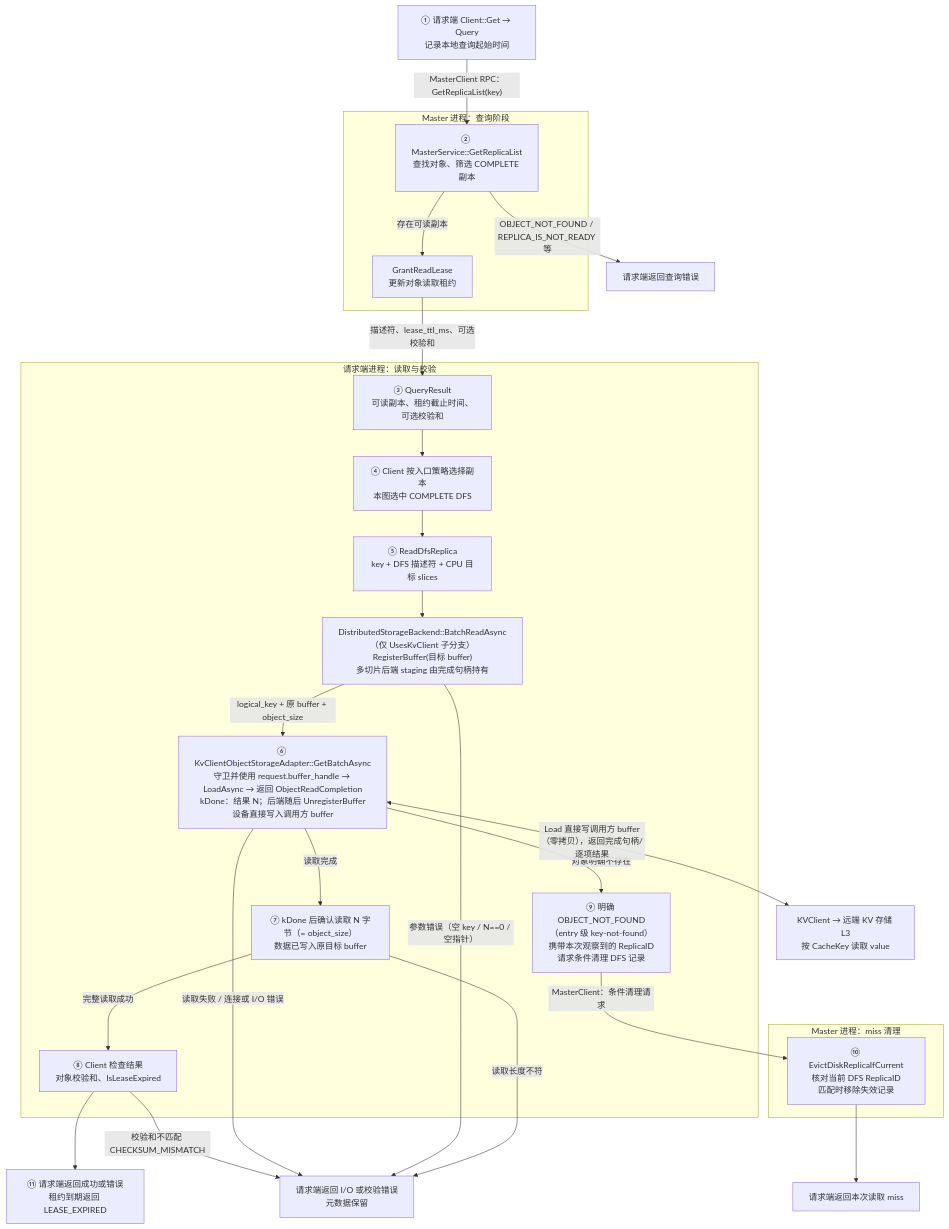
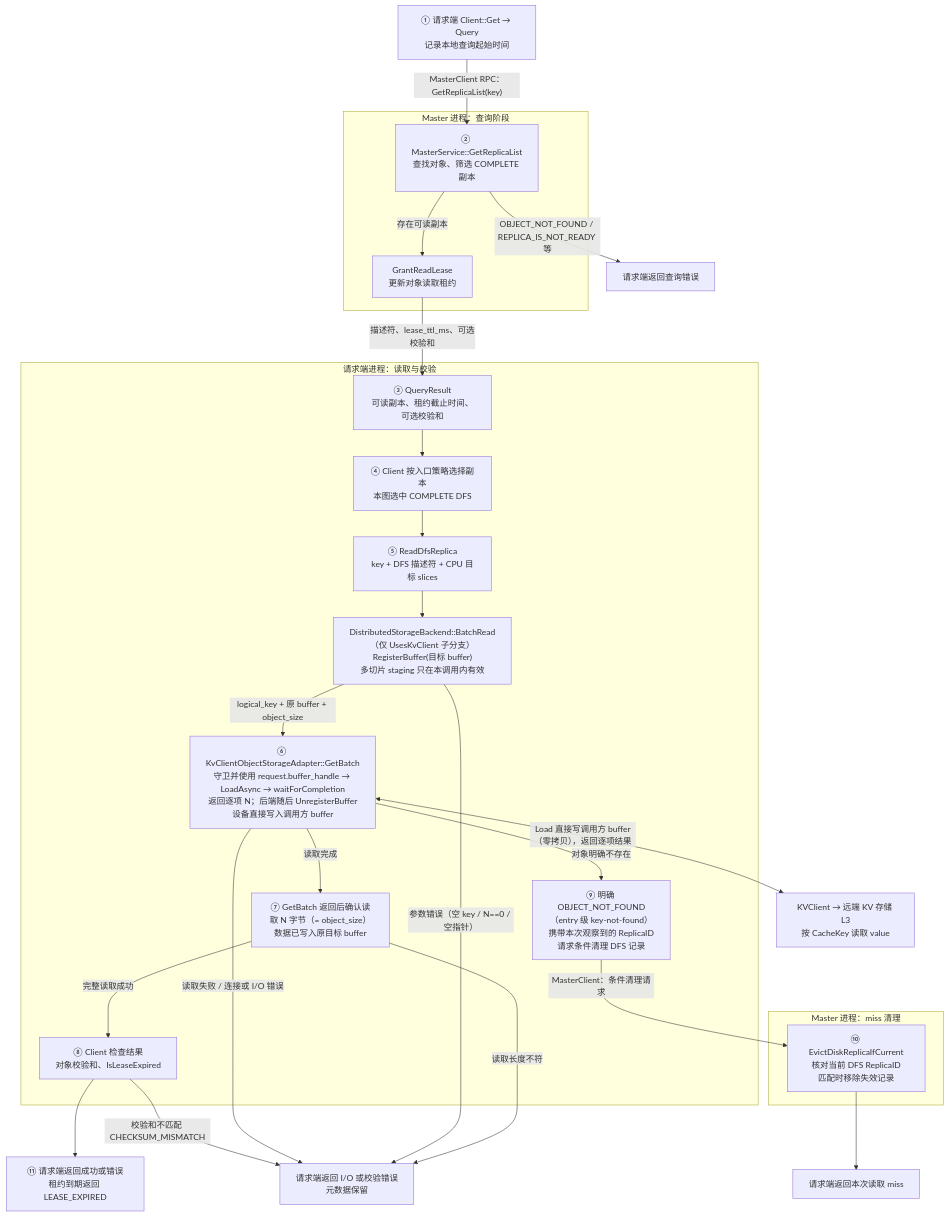
One commit to zwj20000328-dotcom/Mooncake-documents changed the fifth of 13 diagrams in Mooncake + KVClient L3 接入（Kvcs）- v3.md. Above: the diagram before and after it, drawn with Mermaid. The commit also changed other lines of this file and 2 other files, not shown here.

First line of the commit message:
docs: drop the kvclient read completion class

````diff
--- a/Mooncake + KVClient L3 接入（Kvcs）- v3.md
+++ b/Mooncake + KVClient L3 接入（Kvcs）- v3.md
@@ -403,52 +401,52 @@
 ```mermaid
 flowchart TB
     Q["① 请求端 Client::Get → Query<br/>记录本地查询起始时间"]
 
     subgraph MasterQuery["Master 进程：查询阶段"]
         GET["② MasterService::GetReplicaList<br/>查找对象、筛选 COMPLETE 副本"]
         LEASE["GrantReadLease<br/>更新对象读取租约"]
 
         GET -->|"存在可读副本"| LEASE
     end
 
     subgraph Request["请求端进程：读取与校验"]
         QR["③ QueryResult<br/>可读副本、租约截止时间、可选校验和"]
         SELECT["④ Client 按入口策略选择副本<br/>本图选中 COMPLETE DFS"]
         READ["⑤ ReadDfsReplica<br/>key + DFS 描述符 + CPU 目标 slices"]
-        B["DistributedStorageBackend::BatchReadAsync<br/>（仅 UsesKvClient 子分支）RegisterBuffer(目标 buffer)<br/>多切片后端 staging 由完成句柄持有"]
-        D["⑥ KvClientObjectStorageAdapter::GetBatchAsync<br/>守卫并使用 request.buffer_handle → LoadAsync → 返回 ObjectReadCompletion<br/>kDone：结果 N；后端随后 UnregisterBuffer<br/>设备直接写入调用方 buffer"]
-        VERIFY["⑦ kDone 后确认读取 N 字节（= object_size）<br/>数据已写入原目标 buffer"]
+        B["DistributedStorageBackend::BatchRead<br/>（仅 UsesKvClient 子分支）RegisterBuffer(目标 buffer)<br/>多切片 staging 只在本调用内有效"]
+        D["⑥ KvClientObjectStorageAdapter::GetBatch<br/>守卫并使用 request.buffer_handle → LoadAsync → waitForCompletion<br/>返回逐项 N；后端随后 UnregisterBuffer<br/>设备直接写入调用方 buffer"]
+        VERIFY["⑦ GetBatch 返回后确认读取 N 字节（= object_size）<br/>数据已写入原目标 buffer"]
         CHECK["⑧ Client 检查结果<br/>对象校验和、IsLeaseExpired"]
         MISS["⑨ 明确 OBJECT_NOT_FOUND（entry 级 key-not-found）<br/>携带本次观察到的 ReplicaID<br/>请求条件清理 DFS 记录"]
 
         QR --> SELECT
         SELECT --> READ
         READ --> B
         B -->|"logical_key + 原 buffer + object_size"| D
         D -->|"读取完成"| VERIFY
         D -->|"对象明确不存在"| MISS
         VERIFY -->|"完整读取成功"| CHECK
     end
 
     subgraph MasterCleanup["Master 进程：miss 清理"]
         EVICT["⑩ EvictDiskReplicaIfCurrent<br/>核对当前 DFS ReplicaID<br/>匹配时移除失效记录"]
     end
 
     RETURN["⑪ 请求端返回成功或错误<br/>租约到期返回 LEASE_EXPIRED"]
     ERROR["请求端返回 I/O 或校验错误<br/>元数据保留"]
     QUERY_FAIL["请求端返回查询错误"]
     MISS_RETURN["请求端返回本次读取 miss"]
     S["KVClient → 远端 KV 存储 L3<br/>按 CacheKey 读取 value"]
 
     Q -->|"MasterClient RPC：GetReplicaList(key)"| GET
     GET -->|"OBJECT_NOT_FOUND / REPLICA_IS_NOT_READY 等"| QUERY_FAIL
     LEASE -->|"描述符、lease_ttl_ms、可选校验和"| QR
-    D <-->|"Load 直接写调用方 buffer（零拷贝），返回完成句柄/逐项结果"| S
+    D <-->|"Load 直接写调用方 buffer（零拷贝），返回逐项结果"| S
     MISS -->|"MasterClient：条件清理请求"| EVICT
     EVICT --> MISS_RETURN
     CHECK --> RETURN
     CHECK -->|"校验和不匹配 CHECKSUM_MISMATCH"| ERROR
     D -->|"读取失败 / 连接或 I/O 错误"| ERROR
     B -->|"参数错误（空 key / N==0 / 空指针）"| ERROR
     VERIFY -->|"读取长度不符"| ERROR
 ```
````
